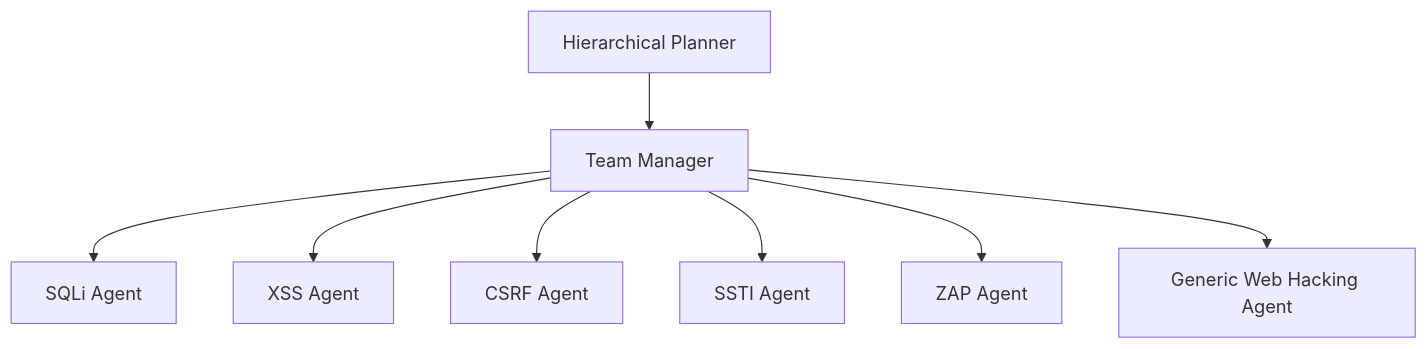
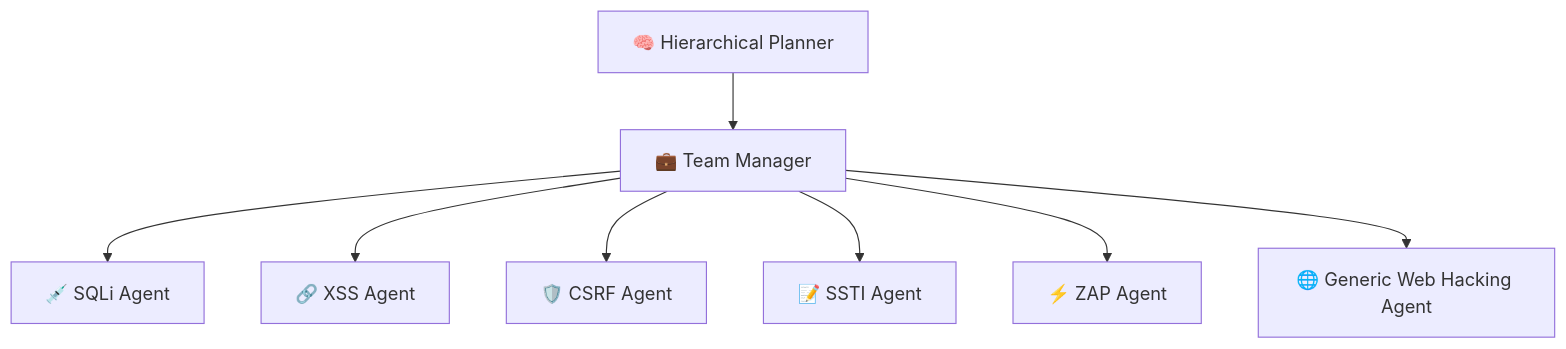
One commit to nishan-paul-2022/cmatrix-agentic-red-team changed the diagram in docs/paper-research/md-downloaded-paper-curated-/02-teams-of-llm-agents-can-exploit-zero-day-vulnerabilities.md. Above: the diagram before and after it, drawn with Mermaid. The commit also changed other lines of this file and 1 other file, not shown here.

````diff
--- a/docs/paper-research/md-downloaded-paper-curated-/02-teams-of-llm-agents-can-exploit-zero-day-vulnerabilities.md
+++ b/docs/paper-research/md-downloaded-paper-curated-/02-teams-of-llm-agents-can-exploit-zero-day-vulnerabilities.md
@@ -80,10 +113,10 @@
 ```mermaid
 graph TD
-    Planner[Hierarchical Planner] --> Manager[Team Manager]
-    Manager --> SQLi[SQLi Agent]
-    Manager --> XSS[XSS Agent]
-    Manager --> CSRF[CSRF Agent]
-    Manager --> SSTI[SSTI Agent]
-    Manager --> ZAP[ZAP Agent]
-    Manager --> Generic[Generic Web Hacking Agent]
+    Planner[🧠 Hierarchical Planner] --> Manager[💼 Team Manager]
+    Manager --> SQLi[💉 SQLi Agent]
+    Manager --> XSS[🔗 XSS Agent]
+    Manager --> CSRF[🛡️ CSRF Agent]
+    Manager --> SSTI[📝 SSTI Agent]
+    Manager --> ZAP[⚡ ZAP Agent]
+    Manager --> Generic[🌐 Generic Web Hacking Agent]
 ```
````
